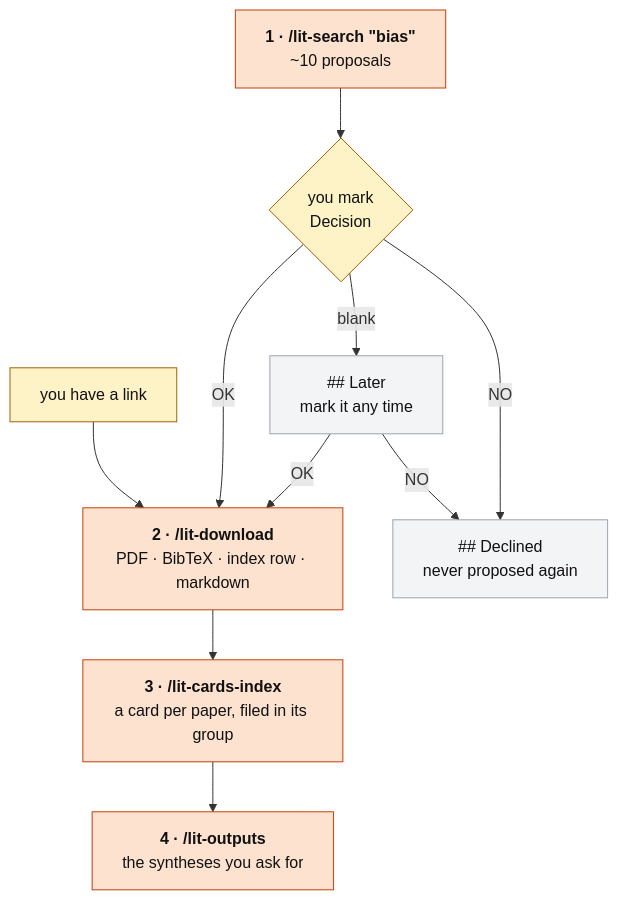
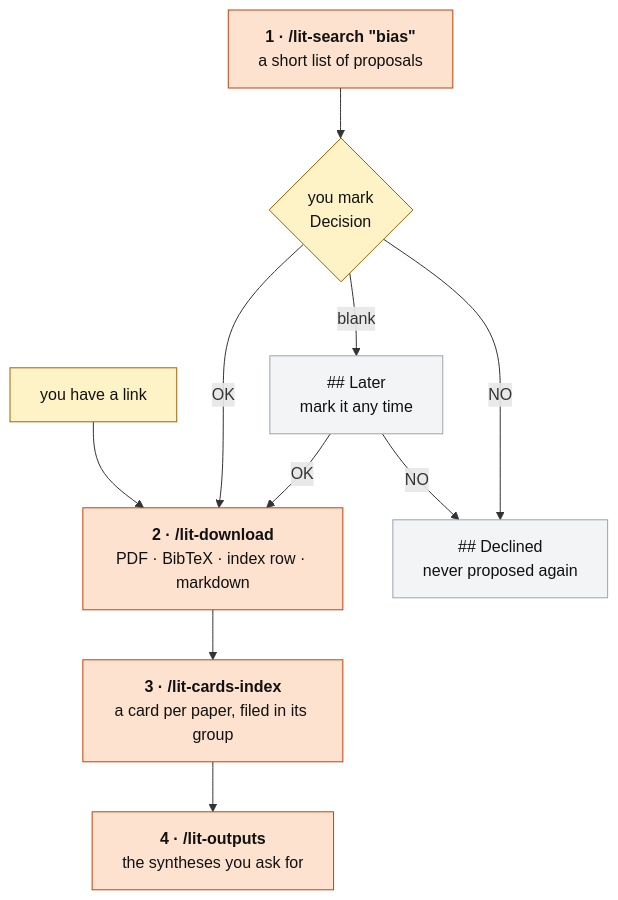
One commit to LeonardoSani/OmniFrame changed the second of 3 diagrams in GUIDE.md. Above: the diagram before and after it, drawn with Mermaid. The commit also changed other lines of this file and 17 other files, not shown here.

Commit message:
Playground files renamed *_pg; rules slimmed: side-by-side said once, no restated rules, /lit-search keeps only what the scripts need; GUIDE commands, tokens and diagrams cover the playground

````diff
--- a/GUIDE.md
+++ b/GUIDE.md
@@ -179,24 +178,24 @@
 ```mermaid
 flowchart TD
   classDef claude fill:#fde2cf,stroke:#c2410c,color:#111
   classDef you fill:#fef3c7,stroke:#a16207,color:#111
   classDef note fill:#f3f4f6,stroke:#9ca3af,color:#111
 
-  se["<b>1 · /lit-search #quot;bias#quot;</b><br/>~10 proposals"]:::claude
+  se["<b>1 · /lit-search #quot;bias#quot;</b><br/>a short list of proposals"]:::claude
   dec{"you mark<br/>Decision"}:::you
   link["you have a link"]:::you
   dl["<b>2 · /lit-download</b><br/>PDF · BibTeX · index row · markdown"]:::claude
   ca["<b>3 · /lit-cards-index</b><br/>a card per paper, filed in its group"]:::claude
   ou["<b>4 · /lit-outputs</b><br/>the syntheses you ask for"]:::claude
   later["## Later<br/>mark it any time"]:::note
   no["## Declined<br/>never proposed again"]:::note
 
   se --> dec
   dec -->|OK| dl
   link --> dl
   dl --> ca --> ou
   dec -->|blank| later
   dec -->|NO| no
   later -->|OK| dl
   later -->|NO| no
 ```
````
